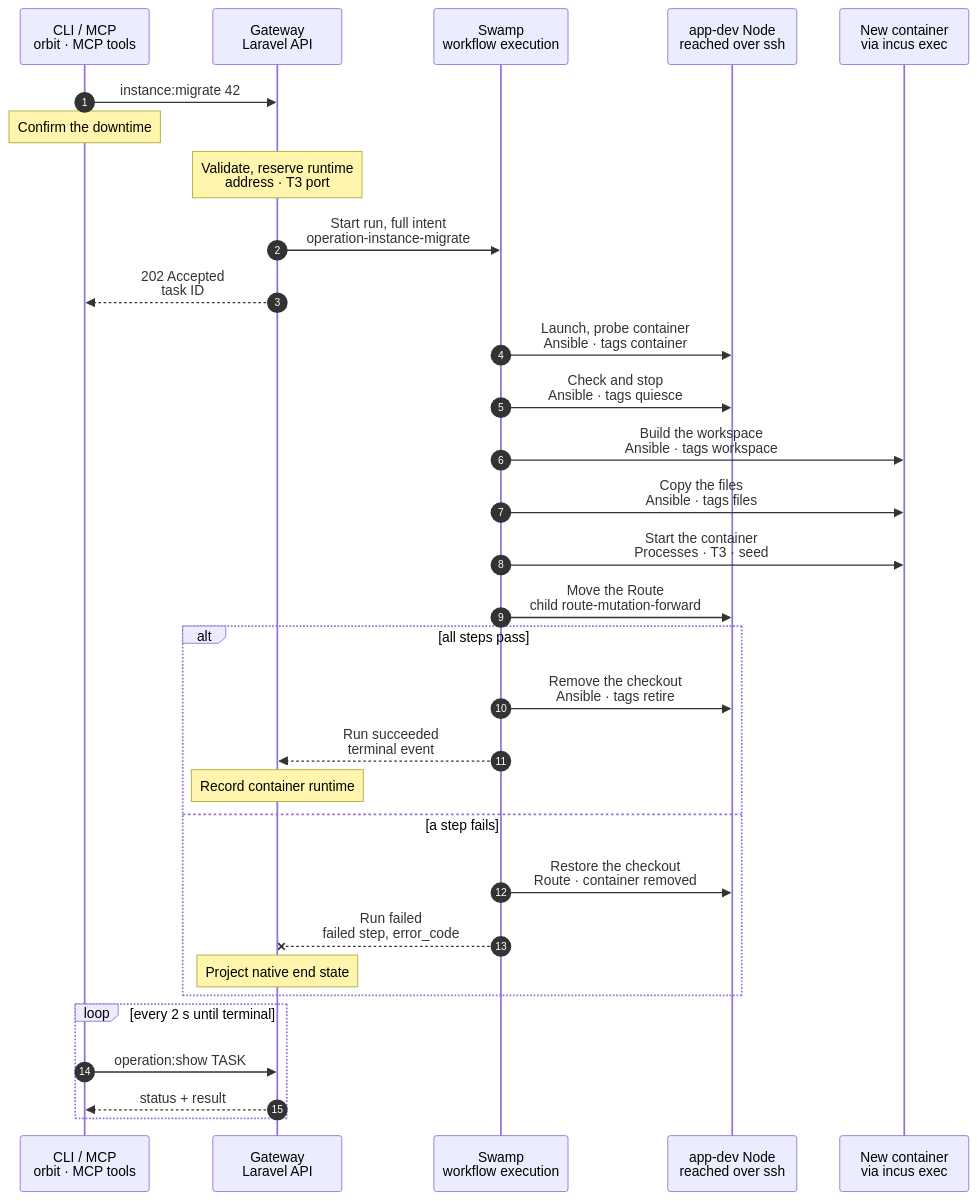
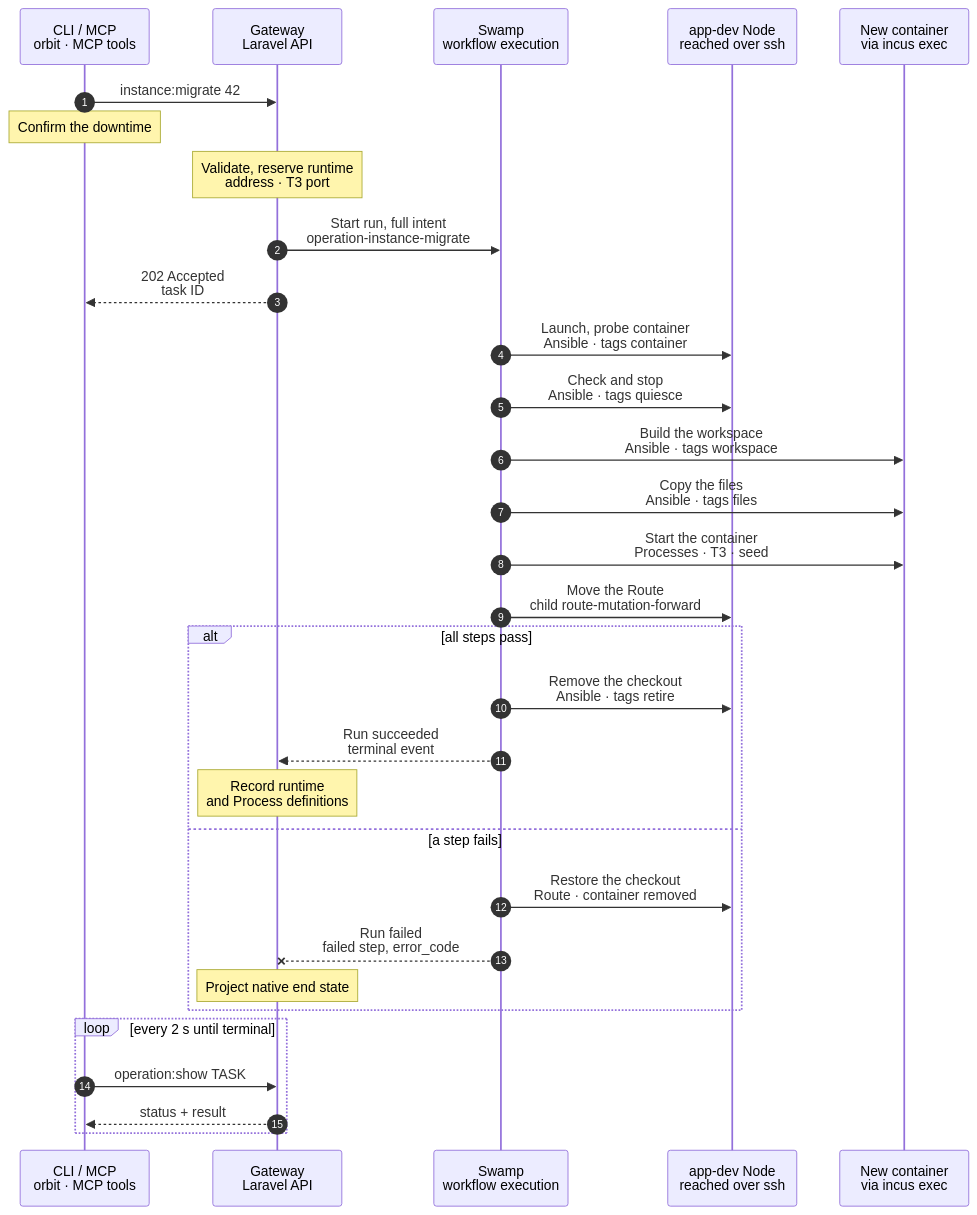
Before and after one commit to hardimpactdev/orbit: the diagram in docs/cli/instance/migrate.mmd, drawn with Mermaid. The commit also changed 24 other files, not shown here.

```diff
--- a/docs/cli/instance/migrate.mmd
+++ b/docs/cli/instance/migrate.mmd
@@ -1,123 +1,125 @@
 sequenceDiagram
   %% Container runtime (ADR 0250 step 8, docs/reference/development-containers.md#migrate-a-checkout-instance): one checkout Instance moves into a container, with its code. Its database stays where it is, and the container gets its own way to it. A default Instance moves before the other Instances of its Project, and keeps its checkout until its last worktree has moved. The command exists only until the last checkout Instance has moved (docs/reference/old-paths.md). The container steps are the phases of docs/cli/instance/container/create-default.mmd and create.mmd.
   %% status: draft
   %% command: instance:migrate
   %% kind: instance.migrate
   autonumber
   %% lane CLI icon=terminal pill=caller tone=gray
   %% lane GW icon=gateway pill=intent tone=blue
   %% lane SW icon=workflow pill=executes tone=green
   %% lane N icon=server pill=target tone=amber
   %% lane C icon=server pill=target tone=purple
   participant CLI as CLI / MCP<br/>orbit · MCP tools
   participant GW as Gateway<br/>Laravel API
   participant SW as Swamp<br/>workflow execution
   participant N as app-dev Node<br/>reached over ssh
   participant C as New container<br/>via incus exec
   CLI->>GW: instance:migrate 42
   %%> Command:
   %%> - `orbit instance:migrate INSTANCE`
   %%> - syntax: `<instance> [--force] [--idempotency-key=KEY] [--json]`
   Note over CLI: Confirm the downtime
   %%> What it asks:
   %%> - the Instance goes down during the move, and its old checkout moves to retention after it; `--force` answers yes
   Note over GW: Validate, reserve runtime<br/>address · T3 port
   %%> If it never starts:
   %%> - cancellation or admission expiry frees the new reservation and releases deferred Schedule fires under the Instance lock; an uncertain start keeps its reservation
   %%> Requirements:
   %%> - the Instance is an active checkout Instance on an `app-dev` Node of the build list, else `instance.migrate_unsupported`
   %%> - a non-default Instance needs its Project's default Instance in a container first, else `instance.default_not_migrated`
   %%> - the Instance has only ordinary systemd or supported `vp-dev` Processes, no unfinished deployment or Process operation/runtime cleanup and no Route beside its own; a non-default Instance needs Conn and the model router, as a clone does
   %%> - `vp-dev` keeps its identity, assigned port and desired state; unsupported preset versions, custom commands, external paths and recorded container port conflicts refuse before downtime, naming the Process and reason
   %%> - a web-serving Project names its PHP version; a missing version refuses with `project.source_defaults_incomplete`, naming `orbit project:update PROJECT --source-access=github_app` to record it from source
   %%> - a database on a Database server has an IPv4 address and a port, else `instance.database_clone_unsupported`
   %%> Result:
   %%> - the runtime reservation records its owning Operation; late receipts cannot change a newer owner
   %%> - the whole-run budget is 5,100 seconds; a lower-bound test includes declared child, restoration and cleanup timeouts
   %%> - maps only known host command locations, preserving opaque env/shell strings, and records each Process/from/to translation in the terminal receipt
   %%> - the runtime record is reserved: the next bridge address and, for a non-default Instance, the lowest free T3 port
   %%> - the checkout stays the Instance's runtime until the Route has moved; the Route's Node is held for the run
   %%> - the Instance takes no deployment and no wake while the run lasts
   %%> - a non-default Instance's placeholder model key goes to the vault
   GW->>SW: Start run, full intent<br/>operation-instance-migrate
   GW-->>CLI: 202 Accepted<br/>task ID
   SW->>N: Launch, probe container<br/>Ansible · tags container
   %%> What it does:
   %%> - before any Node change, checks the recorded branch and every planned retirement; a refusal leaves prior resources untouched
   %%> - checks checkout symlinks and dependency package links before creating the container, skipping `.git` and installed package contents; broken links or targets outside the checkout refuse with `instance.migrate_symlink_unsupported`, naming every path and target
   %%> - retirement preflight refuses unpushed local branches or detached HEAD and stashes, with their existing named errors; it reads local refs only
   %%> - checks service hosts selected by cache, session, queue, broadcasting, database or mail drivers (never by Redis client or endpoint declarations alone) in the checkout and nested app `.env` files before any probe or Node change; direct services require an exact endpoint from the shared container access plan; unsupported endpoints refuse with `instance.migrate_env_service_unreachable`, naming the file, key and host:port without credentials; unreadable syntax names only the file and line, and traversal/read failures name only the path
   %%> - deletes a container that an earlier failed move left, then creates and starts the new container through the shared container phase; discard leaves shared bridge endpoint rules for host reconciliation
   %%> - each attached target gets an exact TCP allow in both the bridge and NIC ACLs; both keep default reject. Endpoint adds reread on ETag conflict, at most five attempts with a one-second delay
   %%> - probes every attached target from inside the container before downtime, else `instance.database_unreachable`
   %%> - checks mapped Process executables inside the container, then repeats before quiesce; unavailable paths report `instance.migrate_process_binary_unavailable` naming every Process and path, leaving the checkout serving
   %%> - fetches the branch from the checkout into the Node's mirror, including commits never pushed
   SW->>N: Check and stop<br/>Ansible · tags quiesce
   %%> What it does:
   %%> - repeats the branch and retirement checks
   %%> - checks every registered Node-timer Schedule and captures timer activation before stopping any writer; unsupported Schedules refuse with their name and reason
   %%> - repeats source symlink and environment checks before stopping any writer
   %%> - stops and disables host Schedule timers and Process units, then removes the awake marker
   %%> - records that quiesce began, so a failure before it never restarts host units or rewrites the awake marker
   SW->>C: Build the workspace<br/>Ansible · tags workspace
   %%> What it does:
   %%> - pushes the branch in as a bundle and checks it out in a standalone repository in `/srv/workspace`
   %%> - a non-default checkout is a linked worktree, so its `.git` is never copied
   SW->>C: Copy the files<br/>Ansible · tags files
   %%> What it does:
   %%> - copies every file that differs from the commit, every untracked file and every ignored file, `.env` among them
   %%> - removes the tracked files that the checkout deleted, and rewrites the checkout's path in `.env` to `/srv/workspace`
   %%> - checks the exact copied tree inside the container, maps old-checkout targets into the workspace and rewrites absolute internal links there; broken or external links fail with the same code before any Process starts, relative links keep their targets, and source links never change
   %%> - a non-default Instance gets the proxy device that publishes its T3 port
   SW->>C: Start the container<br/>Processes · T3 · seed
   %%> - container units use `network.target` and nonblocking starts; reads all moved desired-running Processes active with no pending job, waits 5 seconds once for the whole set, then requires each still active with the same positive MainPID and NRestarts; failure names the Process with `instance.migrate_processes_failed` and restores before cutover
   %%> What it does:
   %%> - starts FrankenPHP and the Instance's existing Processes as `orbit`, with the same ids and desired states; their environment files come through the vault
   %%> - writes the shared FrankenPHP Caddyfile and unit; only the Node's bridge peer with `X-Forwarded-Proto: https` sets PHP's HTTPS scheme, port and resolved client IP; other requests keep native values
   %%> - `vp-dev` uses the runtime folder’s `current/bin/vp`, workspace paths and its assigned port on `0.0.0.0`; only the Node can reach that port, and Caddy sends `/__orbit/vite` there
   %%> - a non-default Instance gets `/etc/orbit/instance`, the agent settings and its T3 server, registered as in create
   %%> - a default Instance gets its first `seed-<commit>` snapshot
   SW->>N: Move the Route<br/>child route-mutation-forward
   %%> What it does:
   %%> - points the Instance's Route at FrankenPHP in the container, and withdraws the checkout's PHP-FPM pool
   alt all steps pass
     SW->>N: Remove the checkout<br/>Ansible · tags retire
     %%> What it does:
     %%> - a due timer fire waits as a recorded Schedule Operation until migration terminal projection reopens admission; its context is rebuilt for the final runtime, on success or rollback
     %%> - every terminal transition settles deferred fires under the Instance lock; closed runtime admission explicitly fails them, including bound start failure and expiry; Schedule settlement preserves the migration result and late native recovery cannot replay a settled fire
     %%> - replaces only the moved Schedules’ checkout-dependent services with host triggers for container execution, keeps their UUID timers and calendars, and resumes each recorded desired state
     %%> - removes the old host Process units and their environment folders
     %%> - repeats the same retirement preflight as an early warning; a new blocker leaves the container serving and the checkout intact
     %%> - atomically moves each old checkout under `<checkout>.orbit-retired-git/<sha256 of original path>`; the retained root is beside the migrating Instance's checkout
     %%> - keeps the whole tree, including Git objects, refs, reflogs, `.git/modules` and nested repositories; a late worktree cannot lose its Git metadata to retirement
     %%> - records `retained_git_path` and `retained_git_at` on the Instance; `instance:show` and the Instance API expose them
     %%> - writes the awake marker; a default's checkout stays until its last worktree has moved; retirement never deletes or prunes Git metadata
     %%> If it fails:
     %%> - the container stays the Instance; the run fails with `instance.migrate_retire_failed`, and the source or retained checkout stays on the Node
     SW-->>GW: Run succeeded<br/>terminal event
-    Note over GW: Record container runtime
+    Note over GW: Record runtime<br/>and Process definitions
     %%> Result:
     %%> - the Instance's workspace is the container's; the runtime runs, a default's row holds its seed commit
+    %%> - the same transaction captures each direct moved Process as a Project development definition and links its existing row; known commands use runtime names, opaque guest argv stays exact, and a changed same-name incompatible definition refuses instead of overwriting
+    %%> - proven cutover captures definitions even if retirement failed; preflight failures and restored checkout outcomes capture nothing
     %%> - a SQLite file moved with the files, so its connection record goes; stored `.env` values follow the new path
     %%> - the Conn layer records a non-default Instance's T3 server from the result
   else a step fails
     SW->>N: Restore the checkout<br/>Route · container removed
     %%> What it does:
     %%> - puts the Route back on the checkout when the run had moved it
     %%> - deletes the new container, its ACL, its firewall rules and its mirror
     %%> - restores host Process units and the awake marker only when quiesce began; an unreachable target causes zero downtime
     %%> - restores host Schedule timers to their captured activation states; their unit files stay unchanged before cutover
     %%> - the checkout and database remain in place
     SW--xGW: Run failed<br/>failed step, error_code
     Note over GW: Project native end state
     %%> - showing the Operation or admitting the next migrate settles native moved/restored/ready after expiry; a restored runtime reservation is removed only while this Operation owns it
     %%> - an independent phase failure keeps its code; deadline abort stays failed/`operation.timed_out`, user abort stays cancelled
     %%> - a native finish supplies step statuses and times, even when no events streamed
     %%> Retry:
     %%> - run the same command again; it starts with a new container
     %%> - a restore that failed keeps the reserved record and its address, and names the failed step
   end
   loop every 2 s until terminal
     CLI->>GW: operation:show TASK
     GW-->>CLI: status + result
   end
```
